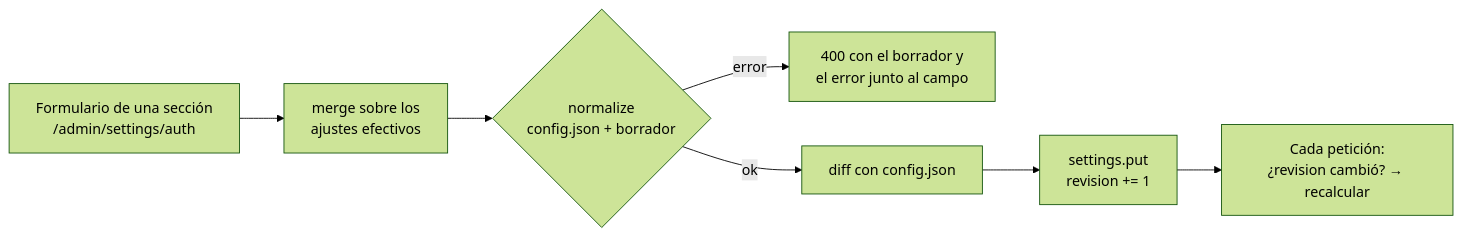
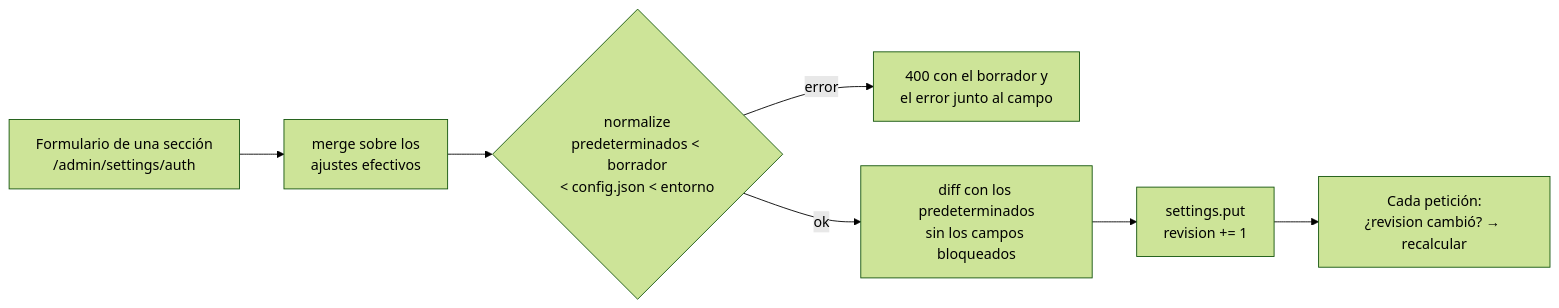
The fourth of 4 diagrams in docs/arquitectura/flujos.md (vsc55/StorageWeb), drawn with Mermaid (forest theme) before and after one commit. The commit also changed other lines of this file and 134 other files, not shown here.

````diff
--- a/docs/arquitectura/flujos.md
+++ b/docs/arquitectura/flujos.md
@@ -81,9 +81,9 @@
 ```mermaid
 flowchart LR
     F[Formulario de una sección<br/>/admin/settings/auth] --> M[merge sobre los<br/>ajustes efectivos]
-    M --> V{normalize<br/>config.json + borrador}
+    M --> V{normalize<br/>predeterminados < borrador<br/>< config.json < entorno}
     V -- error --> R[400 con el borrador y<br/>el error junto al campo]
-    V -- ok --> D[diff con config.json]
+    V -- ok --> D[diff con los predeterminados<br/>sin los campos bloqueados]
     D --> P[settings.put<br/>revision += 1]
     P --> C[Cada petición:<br/>¿revision cambió? → recalcular]
 ```
````
